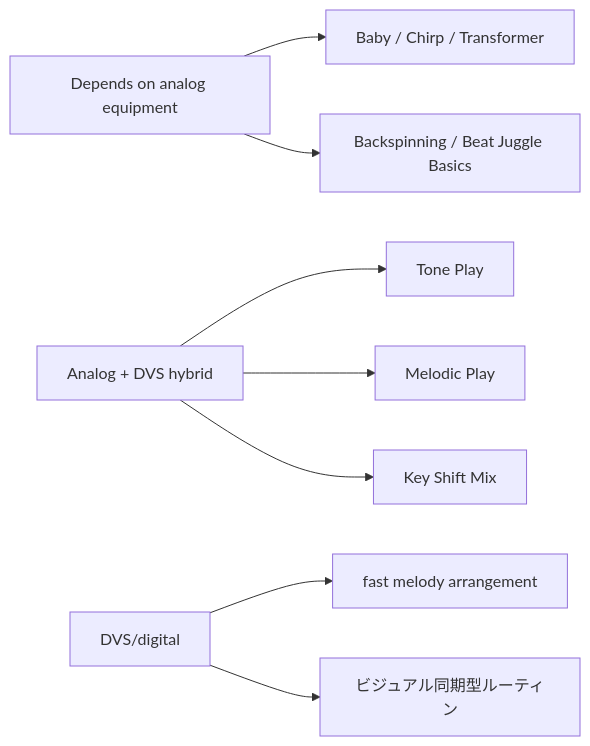
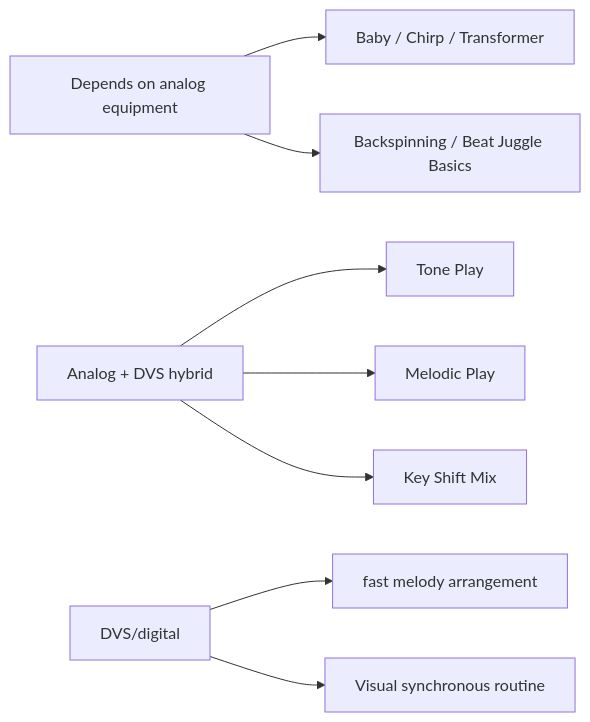
One commit to monumental-movement/monumental-movement.github.io changed the fifth of 9 diagrams in en/_posts/2025-11-23-column-dmc-world-dj-championship.md. Above: the diagram before and after it, drawn with Mermaid. The commit also changed other lines of this file and 851 other files, not shown here.

```diff
--- a/en/_posts/2025-11-23-column-dmc-world-dj-championship.md
+++ b/en/_posts/2025-11-23-column-dmc-world-dj-championship.md
@@ -321,12 +321,12 @@
 <div class="mermaid">
 flowchart LR
     A[Depends on analog equipment] --> A1[Baby / Chirp / Transformer]
     A --> A2[Backspinning / Beat Juggle Basics]
 
     B[Analog + DVS hybrid] --> B1[Tone Play]
     B --> B2[Melodic Play]
     B --> B3[Key Shift Mix]
 
     C[DVS/digital] --> C1[fast melody arrangement]
-    C --> C2[ビジュアル同期型ルーティン]
+    C --> C2[Visual synchronous routine]
 </div>
```
